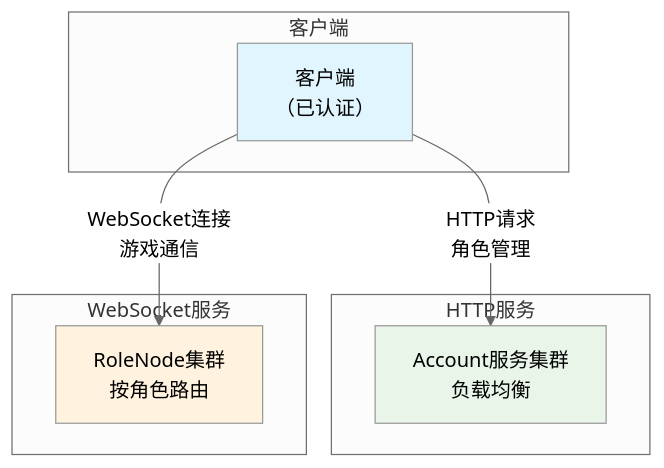
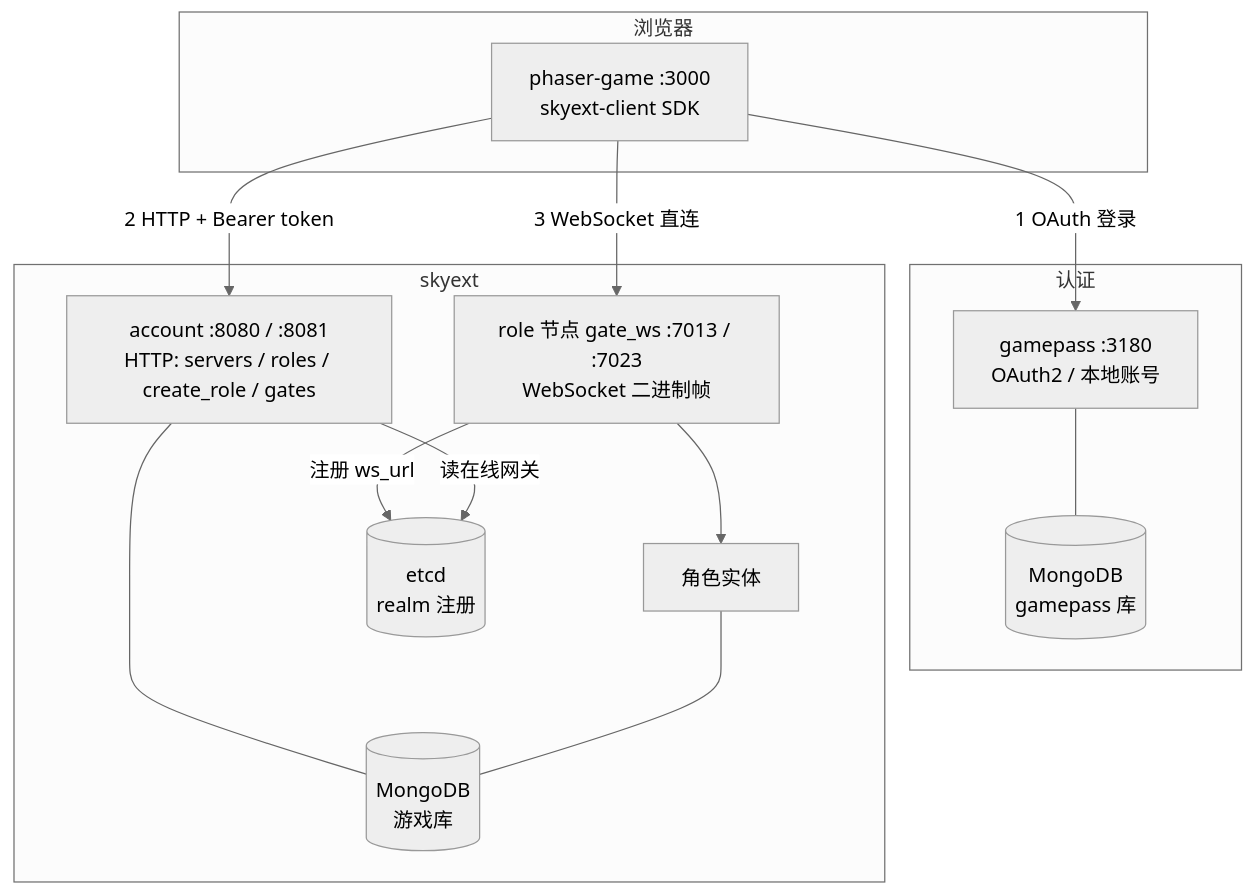
The third of 5 diagrams in login_flow_diagram.md (hanxi/phaser-game), drawn with Mermaid (neutral theme) before and after one commit. The commit also changed other lines of this file and 14 other files, not shown here.

First line of the commit message:
refactor: 网络层迁移到 skyext-client SDK，直连 gate_ws

````diff
--- a/login_flow_diagram.md
+++ b/login_flow_diagram.md
@@ -163,21 +68,29 @@
 ```mermaid
 graph TB
-    subgraph "客户端"
-        Client[客户端<br/>（已认证）]
+    subgraph 浏览器
+        Client[phaser-game :3000<br/>skyext-client SDK]
     end
-    
-    subgraph "HTTP服务"
-        AccountCluster[Account服务集群<br/>负载均衡]
+
+    subgraph 认证
+        GamePass[gamepass :3180<br/>OAuth2 / 本地账号]
+        MongoGP[(MongoDB<br/>gamepass 库)]
     end
-    
-    subgraph "WebSocket服务"
-        RoleNodeCluster[RoleNode集群<br/>按角色路由]
+
+    subgraph skyext
+        Account[account :8080 / :8081<br/>HTTP: servers / roles / create_role / gates]
+        Gate[role 节点 gate_ws :7013 / :7023<br/>WebSocket 二进制帧]
+        Entity[角色实体]
+        Etcd[(etcd<br/>realm 注册)]
+        Mongo[(MongoDB<br/>游戏库)]
     end
-    
-    Client -->|HTTP请求<br/>角色管理| AccountCluster
-    Client -->|WebSocket连接<br/>游戏通信| RoleNodeCluster
-    
-    style Client fill:#e1f5fe
-    style AccountCluster fill:#e8f5e8
-    style RoleNodeCluster fill:#fff3e0
+
+    Client -->|1 OAuth 登录| GamePass
+    GamePass --- MongoGP
+    Client -->|2 HTTP + Bearer token| Account
+    Client -->|3 WebSocket 直连| Gate
+    Gate --> Entity
+    Gate -->|注册 ws_url| Etcd
+    Account -->|读在线网关| Etcd
+    Account --- Mongo
+    Entity --- Mongo
 ```
````
